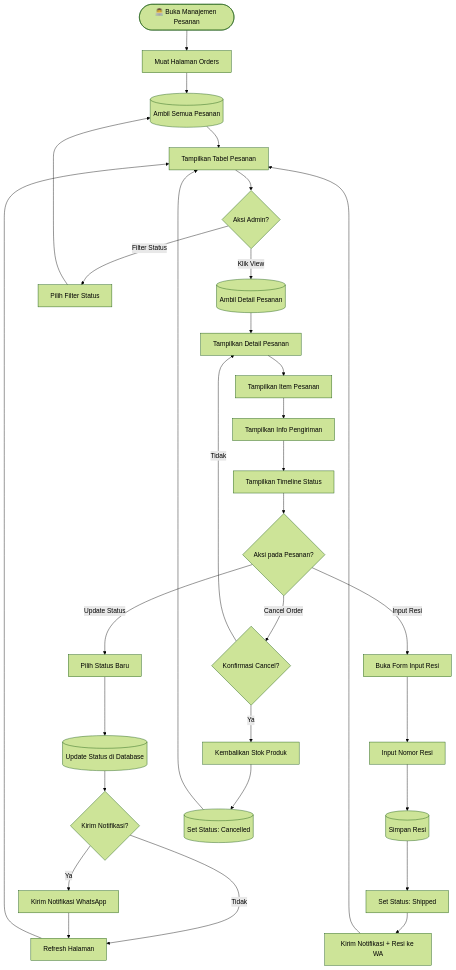
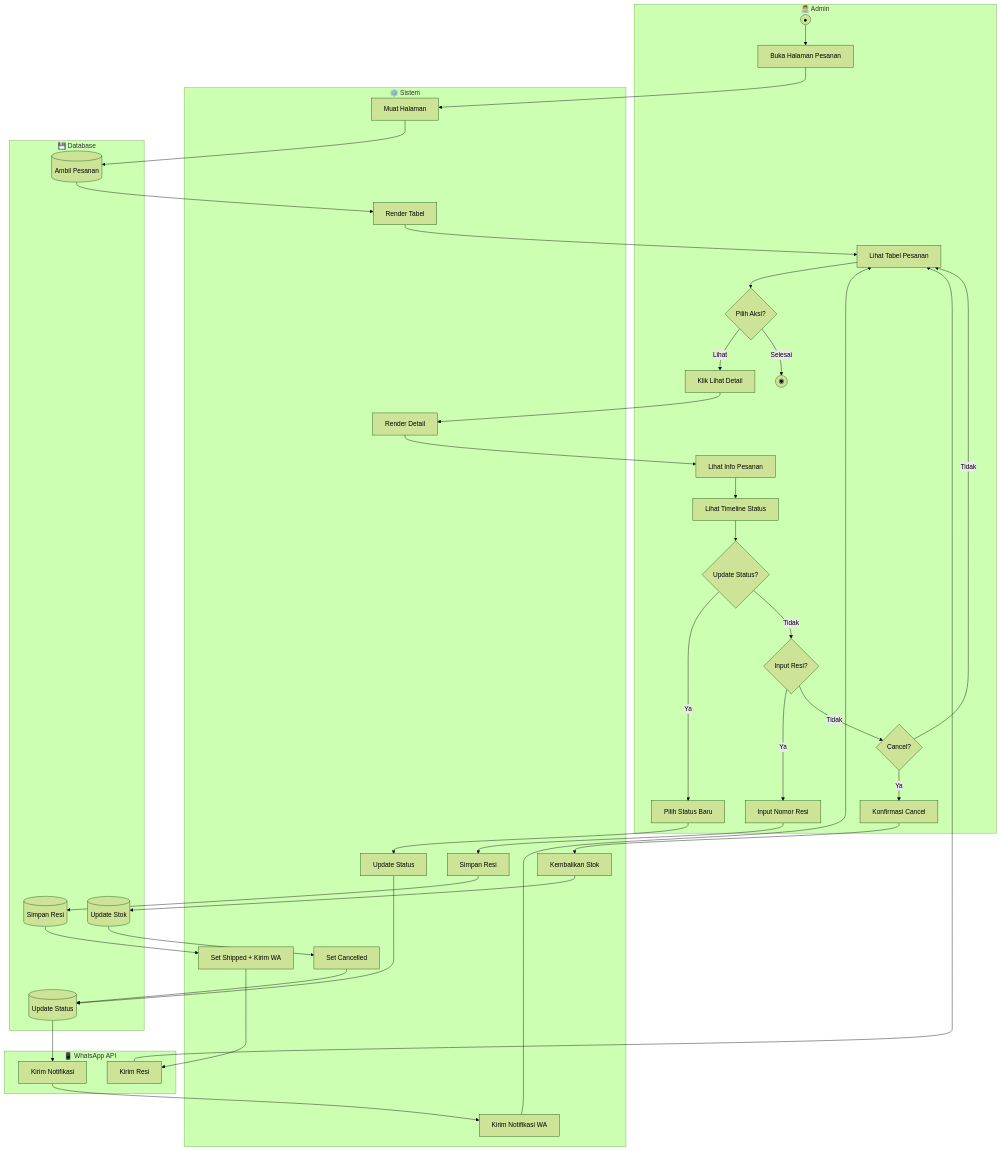
Diagram 14 of 17 in docs/ACTIVITY_DIAGRAMS.md (mustarisyahding07-spec/WEBSITE_SKRIPSI_MUSTARI), drawn with Mermaid (forest theme) before and after one commit. The commit also changed other lines of this file, not shown here.

Commit message:
docs: update activity diagrams with swimlane format

````diff
--- a/docs/ACTIVITY_DIAGRAMS.md
+++ b/docs/ACTIVITY_DIAGRAMS.md
@@ -578,38 +838,76 @@
 ```mermaid
 flowchart TD
-    Start([👨‍💻 Buka Manajemen Pesanan]) --> LoadPage[Muat Halaman Orders]
-    LoadPage --> FetchOrders[(Ambil Semua Pesanan)]
-    FetchOrders --> DisplayTable[Tampilkan Tabel Pesanan]
-    DisplayTable --> UserAction{Aksi Admin?}
+    subgraph Admin["👨‍💻 Admin"]
+        A1((●))
+        A2[Buka Halaman Pesanan]
+        A3[Lihat Tabel Pesanan]
+        A4{Pilih Aksi?}
+        A5[Klik Lihat Detail]
+        A6[Lihat Info Pesanan]
+        A7[Lihat Timeline Status]
+        A8{Update Status?}
+        A9[Pilih Status Baru]
+        A10{Input Resi?}
+        A11[Input Nomor Resi]
+        A12{Cancel?}
+        A13[Konfirmasi Cancel]
+        A14((◉))
+    end
     
-    UserAction -->|Klik View| LoadOrder[(Ambil Detail Pesanan)]
-    LoadOrder --> DisplayOrderDetail[Tampilkan Detail Pesanan]
-    DisplayOrderDetail --> DisplayItems[Tampilkan Item Pesanan]
-    DisplayItems --> DisplayShipping[Tampilkan Info Pengiriman]
-    DisplayShipping --> DisplayTimeline[Tampilkan Timeline Status]
-    DisplayTimeline --> AdminAction{Aksi pada Pesanan?}
+    subgraph Sistem["⚙️ Sistem"]
+        S1[Muat Halaman]
+        S2[Render Tabel]
+        S3[Render Detail]
+        S4[Update Status]
+        S5[Kirim Notifikasi WA]
+        S6[Simpan Resi]
+        S7[Set Shipped + Kirim WA]
+        S8[Kembalikan Stok]
+        S9[Set Cancelled]
+    end
     
-    AdminAction -->|Update Status| SelectNewStatus[Pilih Status Baru]
-    SelectNewStatus --> SaveStatus[(Update Status di Database)]
-    SaveStatus --> TriggerNotification{Kirim Notifikasi?}
-    TriggerNotification -->|Ya| SendWhatsApp[Kirim Notifikasi WhatsApp]
-    TriggerNotification -->|Tidak| RefreshPage
-    SendWhatsApp --> RefreshPage[Refresh Halaman]
-    RefreshPage --> DisplayTable
+    subgraph Database["💾 Database"]
+        D1[(Ambil Pesanan)]
+        D2[(Update Status)]
+        D3[(Simpan Resi)]
+        D4[(Update Stok)]
+    end
     
-    AdminAction -->|Input Resi| OpenResiForm[Buka Form Input Resi]
-    OpenResiForm --> InputResi[Input Nomor Resi]
-    InputResi --> SaveResi[(Simpan Resi)]
-    SaveResi --> SetShipped[Set Status: Shipped]
-    SetShipped --> SendResiNotif[Kirim Notifikasi + Resi ke WA]
-    SendResiNotif --> DisplayTable
+    subgraph WhatsApp["📱 WhatsApp API"]
+        W1[Kirim Notifikasi]
+        W2[Kirim Resi]
+    end
     
-    AdminAction -->|Cancel Order| ConfirmCancel{Konfirmasi Cancel?}
-    ConfirmCancel -->|Tidak| DisplayOrderDetail
-    ConfirmCancel -->|Ya| RestoreStock[Kembalikan Stok Produk]
-    RestoreStock --> SetCancelled[(Set Status: Cancelled)]
-    SetCancelled --> DisplayTable
-    
-    UserAction -->|Filter Status| SelectStatus[Pilih Filter Status]
-    SelectStatus --> FetchOrders
+    A1 --> A2
+    A2 --> S1
+    S1 --> D1
+    D1 --> S2
+    S2 --> A3
+    A3 --> A4
+    A4 -->|Lihat| A5
+    A5 --> S3
+    S3 --> A6
+    A6 --> A7
+    A7 --> A8
+    A8 -->|Ya| A9
+    A9 --> S4
+    S4 --> D2
+    D2 --> W1
+    W1 --> S5
+    S5 --> A3
+    A8 -->|Tidak| A10
+    A10 -->|Ya| A11
+    A11 --> S6
+    S6 --> D3
+    D3 --> S7
+    S7 --> W2
+    W2 --> A3
+    A10 -->|Tidak| A12
+    A12 -->|Ya| A13
+    A13 --> S8
+    S8 --> D4
+    D4 --> S9
+    S9 --> D2
+    A12 -->|Tidak| A3
+    A4 -->|Selesai| A14
 ```
````
